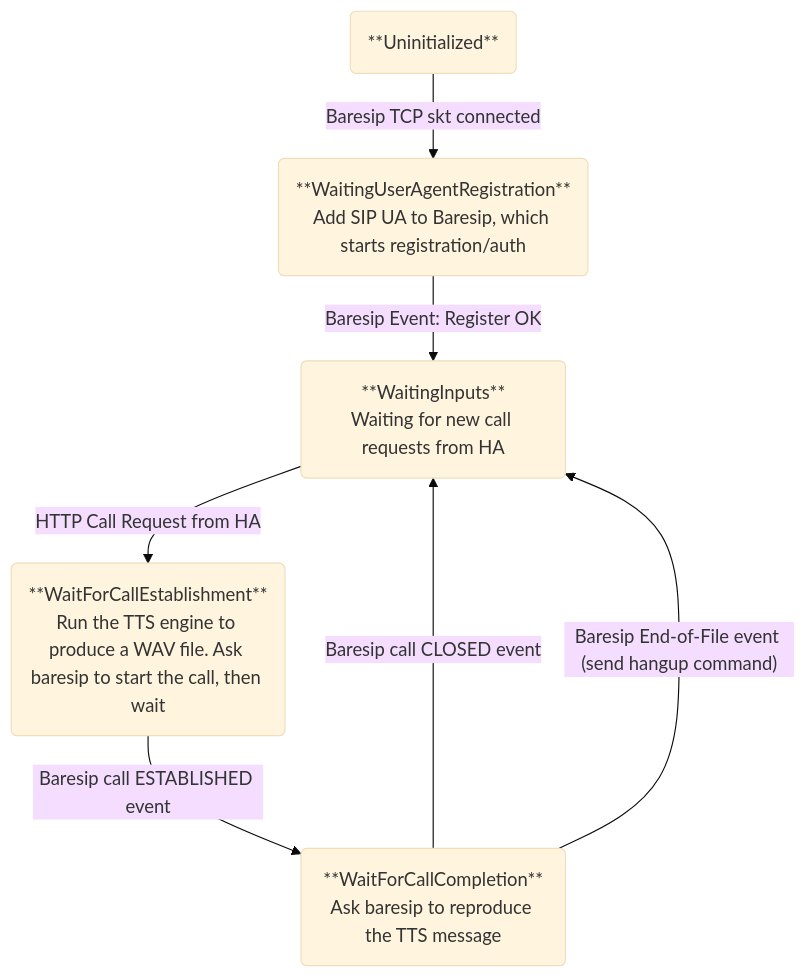
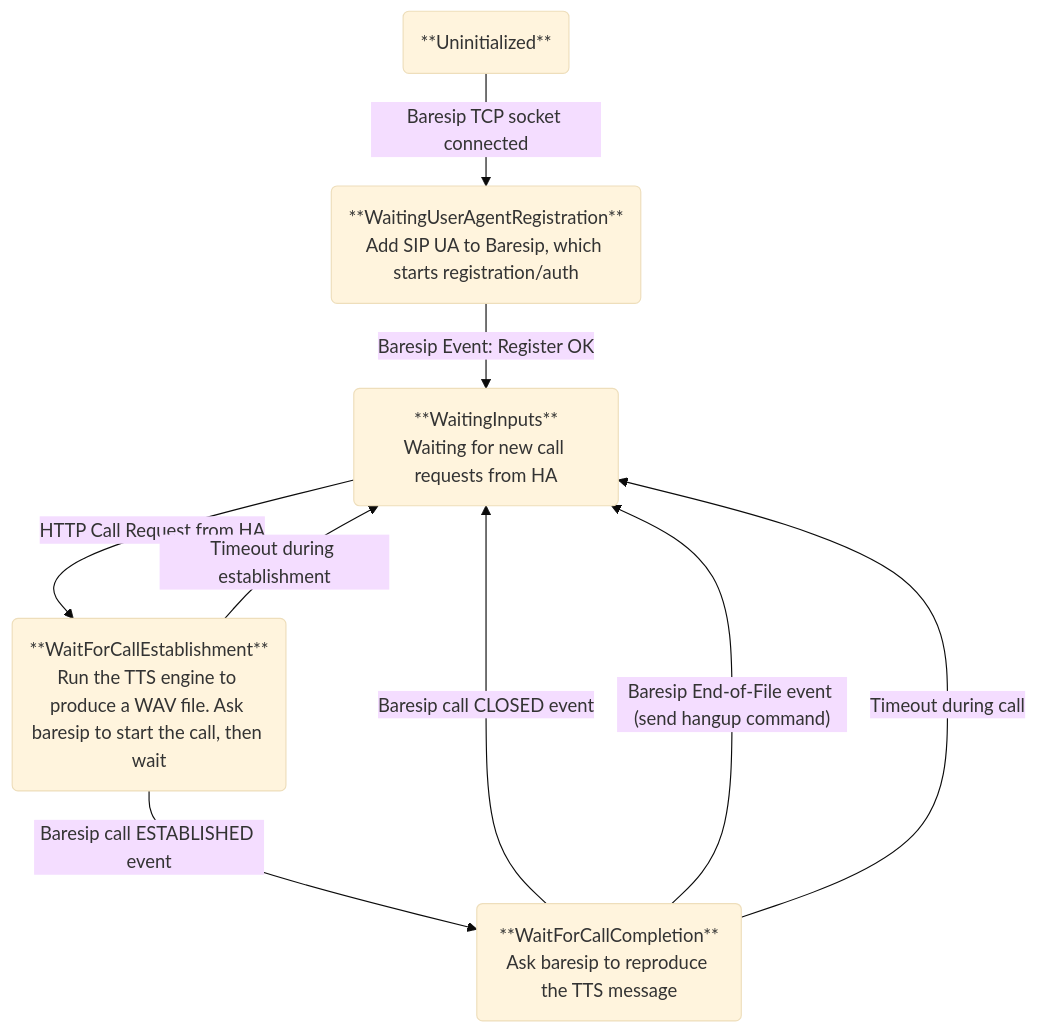
The diagram in DEV.md (f18m/ha-addon-voip-client), drawn with Mermaid (base theme) before and after one commit. The commit also changed 10 other files, not shown here.

````diff
--- a/DEV.md
+++ b/DEV.md
@@ -14,15 +14,19 @@
 ```mermaid
 flowchart TD
-    Uninitialized("**Uninitialized**")
-    WaitingUserAgentRegistration("**WaitingUserAgentRegistration**<br>Add SIP UA to Baresip, which starts registration/auth")
-    WaitingInputs("**WaitingInputs**<br>Waiting for new call requests from HA")
-    WaitForCallEstablishment("**WaitForCallEstablishment**<br>Run the TTS engine to produce a WAV file. Ask baresip to start the call, then wait")
-    WaitForCallCompletion("**WaitForCallCompletion**<br>Ask baresip to reproduce the TTS message")
 
-    Uninitialized -- Baresip TCP skt connected --> WaitingUserAgentRegistration
-    WaitingUserAgentRegistration -- Baresip Event: Register OK --> WaitingInputs
-    WaitingInputs --HTTP Call Request from HA --> WaitForCallEstablishment
-    WaitForCallEstablishment -- Baresip call ESTABLISHED event --> WaitForCallCompletion
-    WaitForCallCompletion -- Baresip call CLOSED event --> WaitingInputs
-    WaitForCallCompletion -- Baresip End-of-File event (send hangup command) --> WaitingInputs
+	Uninitialized("**Uninitialized**")
+	WaitingUserAgentRegistration("**WaitingUserAgentRegistration**<br>Add SIP UA to Baresip, which starts registration/auth")
+	WaitingInputs("**WaitingInputs**<br>Waiting for new call requests from HA")
+	WaitForCallEstablishment("**WaitForCallEstablishment**<br>Run the TTS engine to produce a WAV file. Ask baresip to start the call, then wait")
+	WaitForCallCompletion("**WaitForCallCompletion**<br>Ask baresip to reproduce the TTS message")
+
+	Uninitialized -- "Baresip TCP socket connected" --> WaitingUserAgentRegistration
+	WaitingUserAgentRegistration -- "Baresip Event: Register OK" --> WaitingInputs
+	WaitingInputs -- "HTTP Call Request from HA" --> WaitForCallEstablishment
+	WaitForCallEstablishment -- "Baresip call ESTABLISHED event" --> WaitForCallCompletion
+	WaitForCallCompletion -- "Baresip call CLOSED event" --> WaitingInputs
+	WaitForCallCompletion -- "Baresip End-of-File event (send hangup command)" --> WaitingInputs
+
+    WaitForCallEstablishment -- "Timeout during establishment" --> WaitingInputs
+    WaitForCallCompletion -- "Timeout during call" --> WaitingInputs
 ```
````
